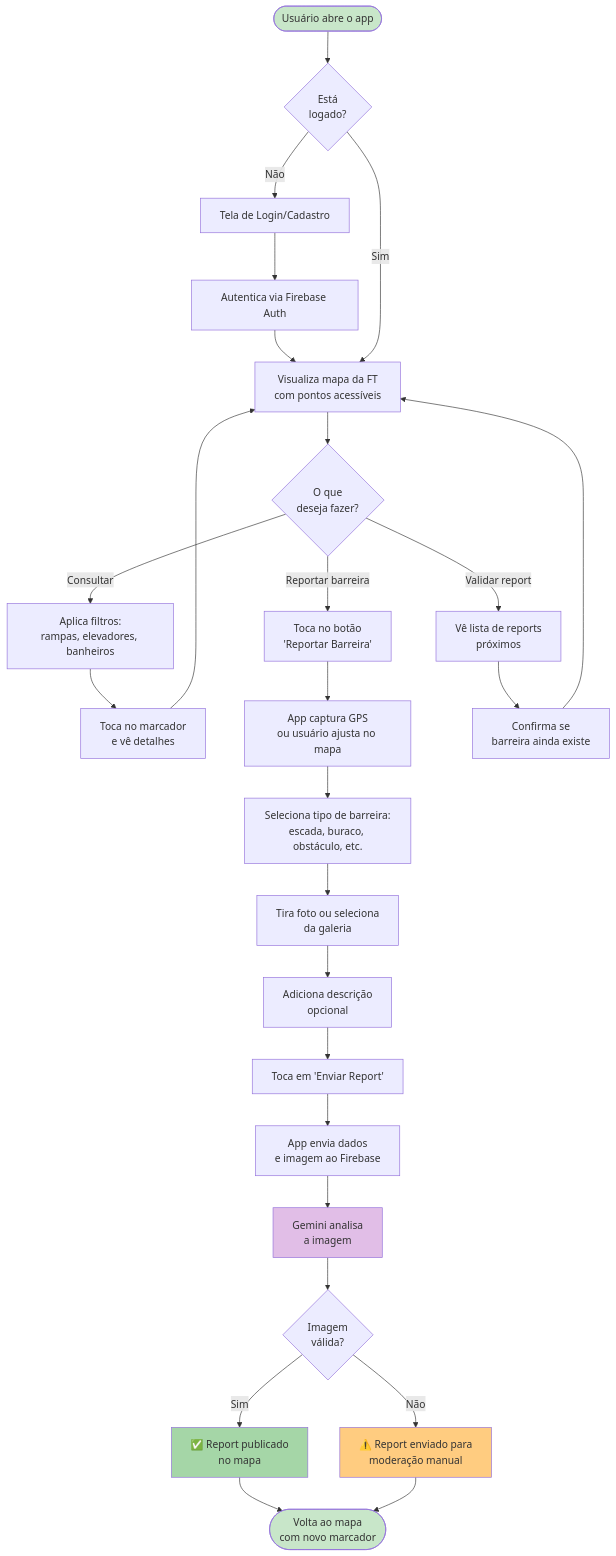
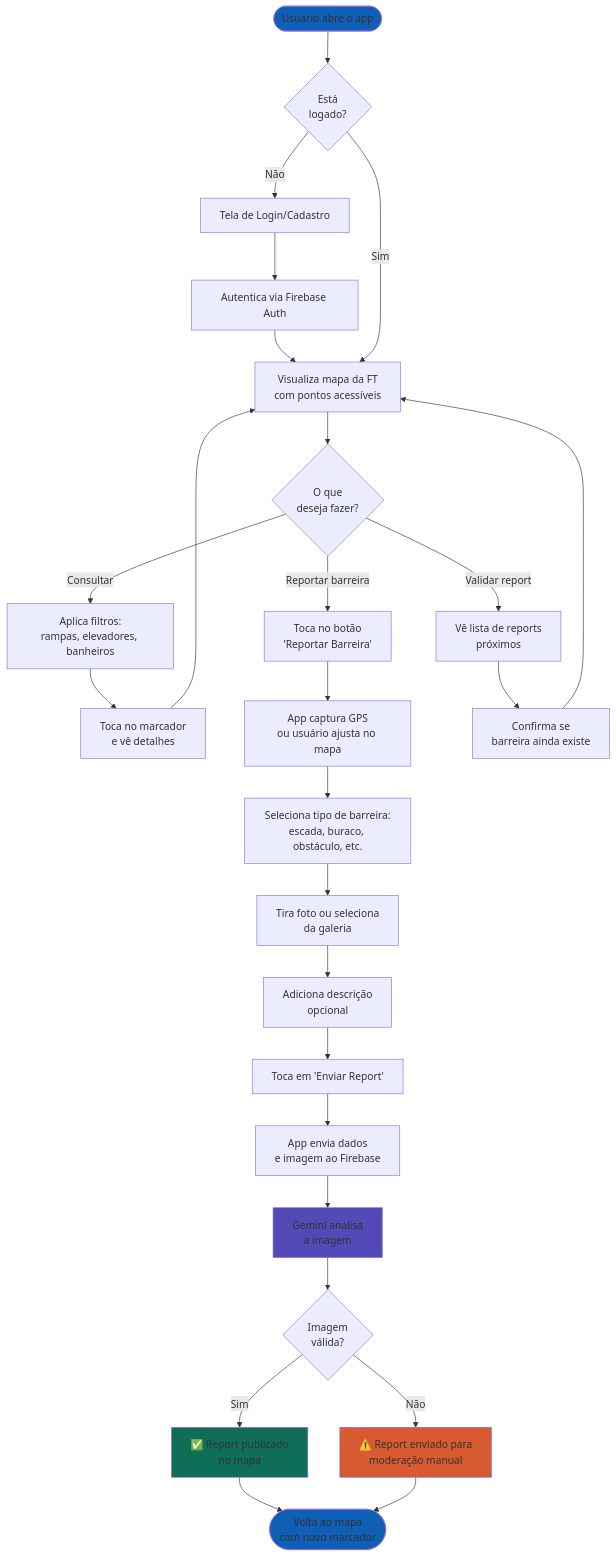
The first of 3 diagrams in docs/03-jornada-do-usuario.md (oficialvzi/cadei-rotas), drawn with Mermaid before and after one commit. The commit also changed other lines of this file and 1 other file, not shown here.

Commit message:
muda as cores dos diagramas

````diff
--- a/docs/03-jornada-do-usuario.md
+++ b/docs/03-jornada-do-usuario.md
@@ -7,41 +7,41 @@
 ```mermaid
 flowchart TD
     Start([Usuário abre o app]) --> Logado{Está<br/>logado?}
     Logado -->|Não| Login[Tela de Login/Cadastro]
     Login --> Auth[Autentica via Firebase Auth]
     Auth --> Mapa
     Logado -->|Sim| Mapa[Visualiza mapa da FT<br/>com pontos acessíveis]
     
     Mapa --> Decisao{O que<br/>deseja fazer?}
     
     Decisao -->|Consultar| Filtra[Aplica filtros:<br/>rampas, elevadores, banheiros]
     Filtra --> VerDetalhes[Toca no marcador<br/>e vê detalhes]
     VerDetalhes --> Mapa
     
     Decisao -->|Reportar barreira| BotaoReport[Toca no botão<br/>'Reportar Barreira']
     BotaoReport --> Localizacao[App captura GPS<br/>ou usuário ajusta no mapa]
     Localizacao --> Tipo[Seleciona tipo de barreira:<br/>escada, buraco, obstáculo, etc.]
     Tipo --> Foto[Tira foto ou seleciona<br/>da galeria]
     Foto --> Descricao[Adiciona descrição<br/>opcional]
     Descricao --> Envia[Toca em 'Enviar Report']
     
     Envia --> Upload[App envia dados<br/>e imagem ao Firebase]
     Upload --> ValidaIA[Gemini analisa<br/>a imagem]
     ValidaIA --> Resultado{Imagem<br/>válida?}
     
     Resultado -->|Sim| Sucesso[✅ Report publicado<br/>no mapa]
     Resultado -->|Não| Rejeitado[⚠️ Report enviado para<br/>moderação manual]
     
     Sucesso --> Fim([Volta ao mapa<br/>com novo marcador])
     Rejeitado --> Fim
     
     Decisao -->|Validar report| ListaReports[Vê lista de reports<br/>próximos]
     ListaReports --> ConfirmaReport[Confirma se<br/>barreira ainda existe]
     ConfirmaReport --> Mapa
 
-    style Start fill:#c8e6c9
-    style Fim fill:#c8e6c9
-    style Sucesso fill:#a5d6a7
-    style Rejeitado fill:#ffcc80
-    style ValidaIA fill:#e1bee7
+    style Start fill:#0E5FB5
+    style Fim fill:#0E5FB5
+    style Sucesso fill:#0F6E56
+    style Rejeitado fill:#D85A30
+    style ValidaIA fill:#534AB7
 ```
````
